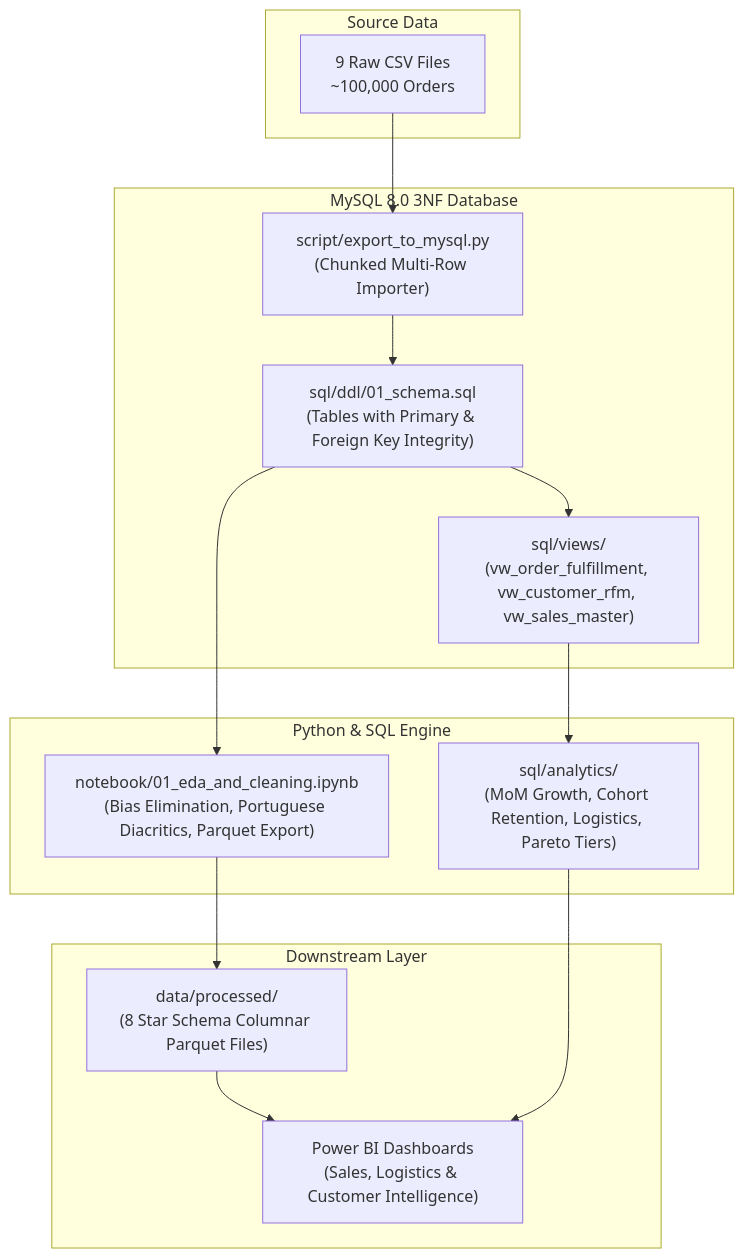
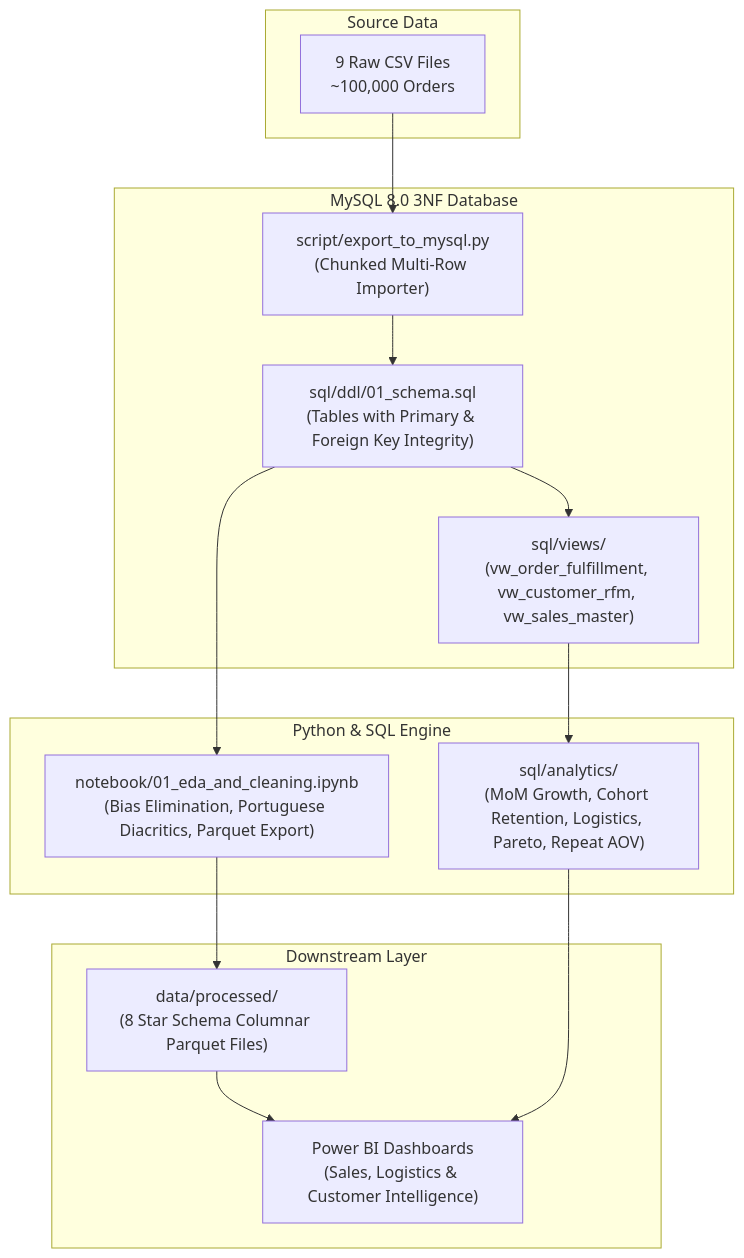
Before and after one commit to ShaikhHamza104/brazilian-ecommerce-analytics: the diagram in README.md, drawn with Mermaid. The commit also changed other lines of this file and 15 other files, not shown here.

````diff
--- a/README.md
+++ b/README.md
@@ -70,29 +95,29 @@
 ```mermaid
 flowchart TD
     subgraph Raw Data [Source Data]
         CSV[9 Raw CSV Files\n~100,000 Orders]
     end
 
     subgraph Database Layer [MySQL 8.0 3NF Database]
         DDL["sql/ddl/01_schema.sql\n(Tables with Primary & Foreign Key Integrity)"]
         LOAD["script/export_to_mysql.py\n(Chunked Multi-Row Importer)"]
         VIEWS["sql/views/\n(vw_order_fulfillment, vw_customer_rfm, vw_sales_master)"]
     end
 
     subgraph Analytical Processing [Python & SQL Engine]
         EDA["notebook/01_eda_and_cleaning.ipynb\n(Bias Elimination, Portuguese Diacritics, Parquet Export)"]
-        SQL_ANALYTICS["sql/analytics/\n(MoM Growth, Cohort Retention, Logistics, Pareto Tiers)"]
+        SQL_ANALYTICS["sql/analytics/\n(MoM Growth, Cohort Retention, Logistics, Pareto, Repeat AOV)"]
     end
 
     subgraph Presentation & Modeling [Downstream Layer]
         PARQUET["data/processed/\n(8 Star Schema Columnar Parquet Files)"]
         BI["Power BI Dashboards\n(Sales, Logistics & Customer Intelligence)"]
     end
 
     CSV --> LOAD --> DDL
     DDL --> VIEWS
     VIEWS --> SQL_ANALYTICS
     DDL --> EDA --> PARQUET
     PARQUET --> BI
     SQL_ANALYTICS --> BI
 ```
````
